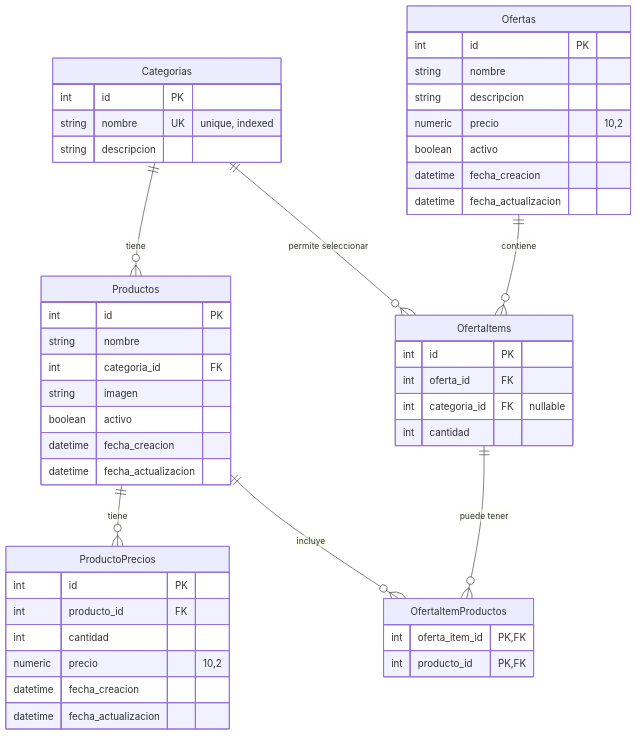
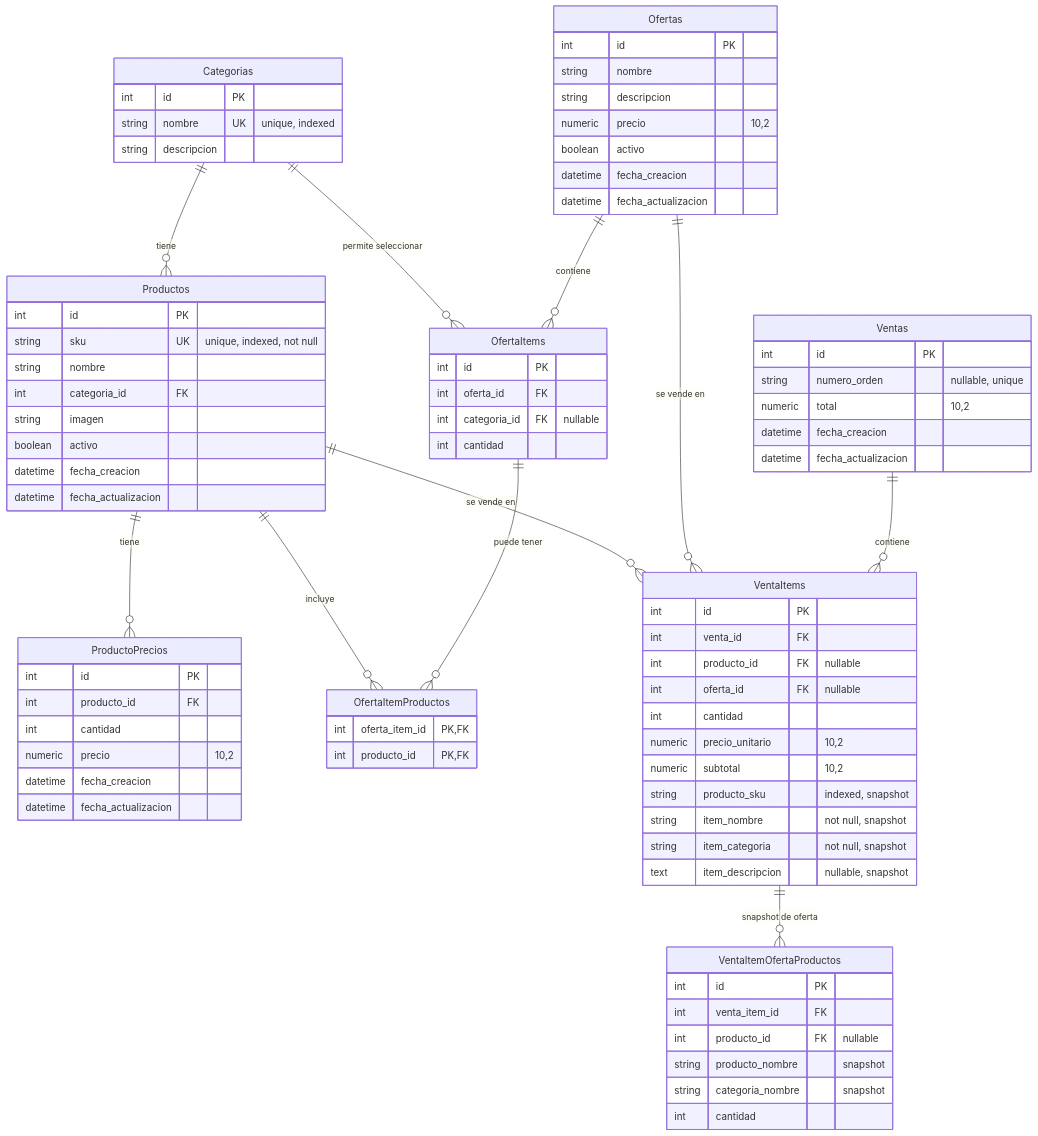
One commit to facundosofo/PizzaFiori changed the diagram in docs/DIAGRAMA_BASE_DATOS.md. Above: the diagram before and after it, drawn with Mermaid. The commit also changed other lines of this file and 8 other files, not shown here.

```diff
--- a/docs/DIAGRAMA_BASE_DATOS.md
+++ b/docs/DIAGRAMA_BASE_DATOS.md
@@ -12,8 +19,12 @@
     Categorias ||--o{ OfertaItems : "permite seleccionar"
     Productos ||--o{ ProductoPrecios : "tiene"
     Productos ||--o{ OfertaItemProductos : "incluye"
+    Productos ||--o{ VentaItems : "se vende en"
     Ofertas ||--o{ OfertaItems : "contiene"
+    Ofertas ||--o{ VentaItems : "se vende en"
     OfertaItems ||--o{ OfertaItemProductos : "puede tener"
+    Ventas ||--o{ VentaItems : "contiene"
+    VentaItems ||--o{ VentaItemOfertaProductos : "snapshot de oferta"
     
     Categorias {
         int id PK
@@ -23,6 +34,7 @@
     
     Productos {
         int id PK
+        string sku UK "unique, indexed, not null"
         string nombre
         int categoria_id FK
         string imagen
@@ -50,6 +62,37 @@
         datetime fecha_actualizacion
     }
     
+    Ventas {
+        int id PK
+        string numero_orden "nullable, unique"
+        numeric total "10,2"
+        datetime fecha_creacion
+        datetime fecha_actualizacion
+    }
+    
+    VentaItems {
+        int id PK
+        int venta_id FK
+        int producto_id FK "nullable"
+        int oferta_id FK "nullable"
+        int cantidad
+        numeric precio_unitario "10,2"
+        numeric subtotal "10,2"
+        string producto_sku "indexed, snapshot"
+        string item_nombre "not null, snapshot"
+        string item_categoria "not null, snapshot"
+        text item_descripcion "nullable, snapshot"
+    }
+    
+    VentaItemOfertaProductos {
+        int id PK
+        int venta_item_id FK
+        int producto_id FK "nullable"
+        string producto_nombre "snapshot"
+        string categoria_nombre "snapshot"
+        int cantidad
+    }
+    
     OfertaItems {
         int id PK
         int oferta_id FK
```
